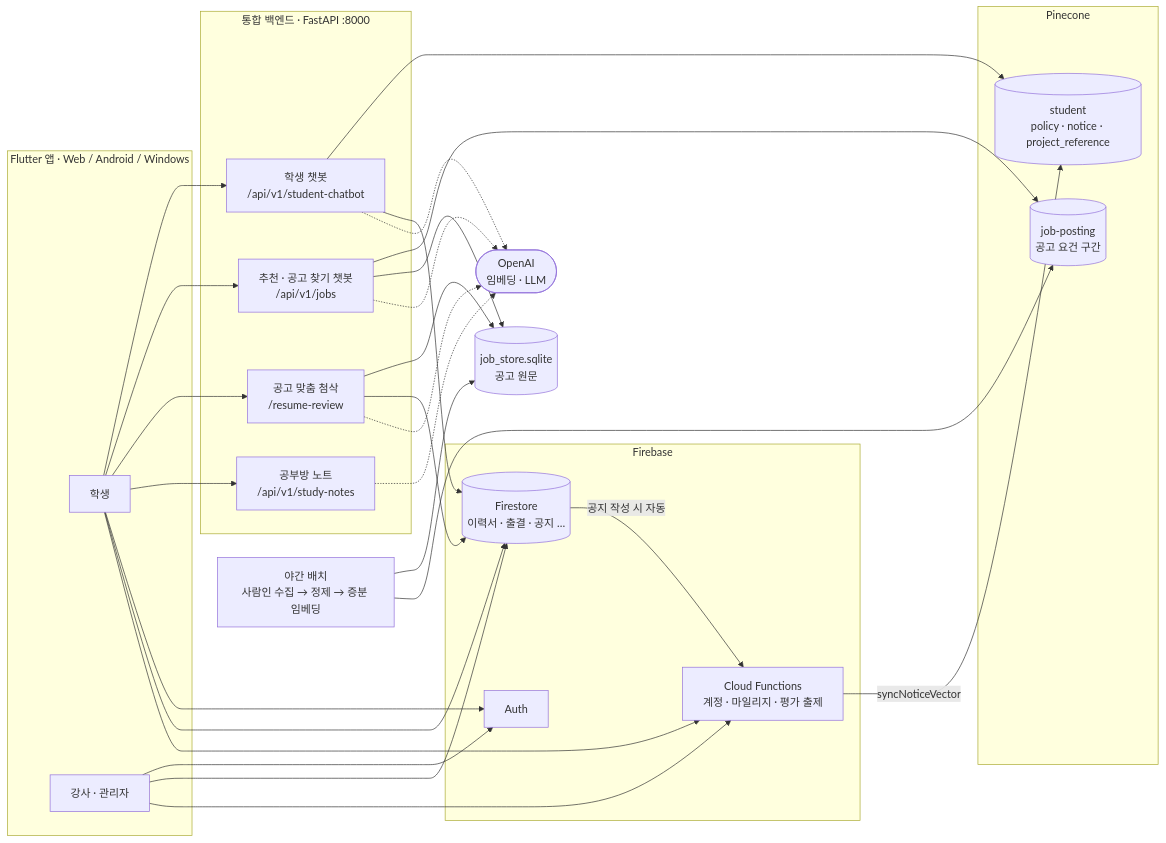
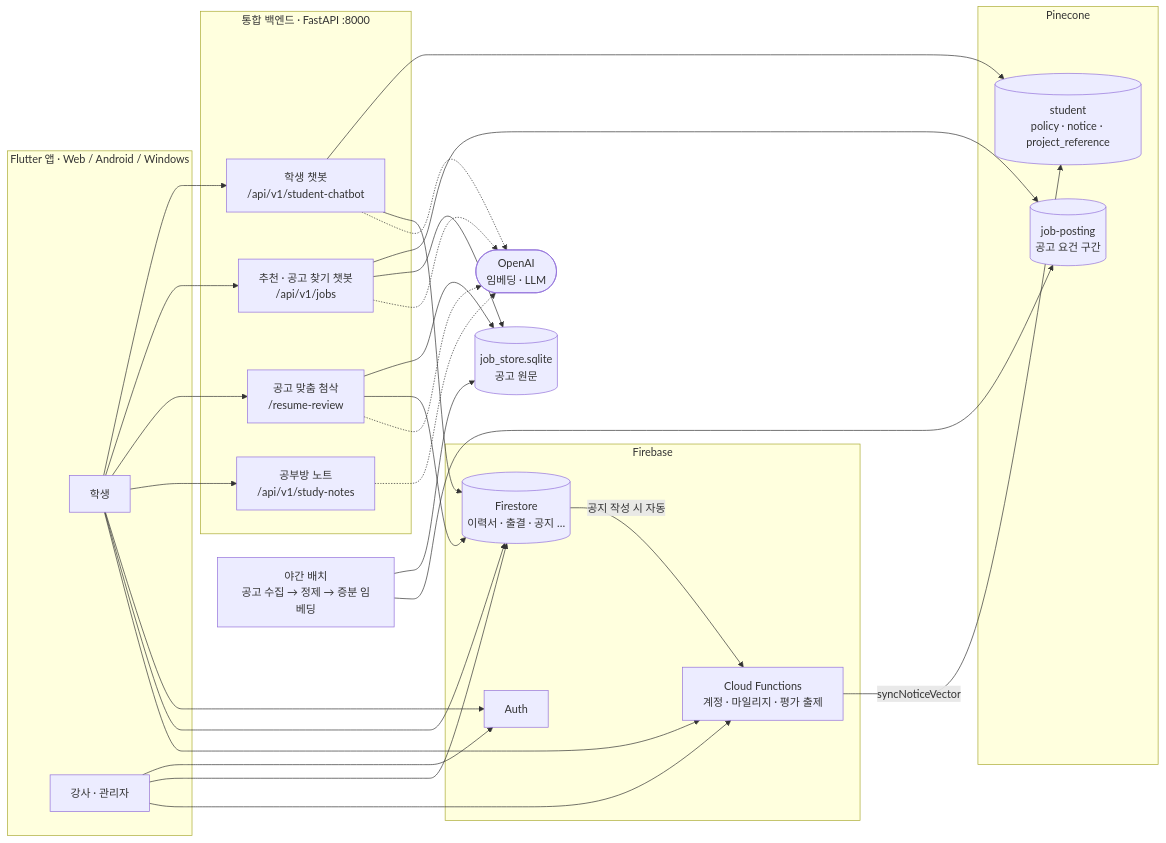
Before and after one commit to SKNETWORKS-FAMILY-AICAMP/SKN34-3rd-2Team: the diagram in README.md, drawn with Mermaid. The commit also changed other lines of this file and 6 other files, not shown here.

````diff
--- a/README.md
+++ b/README.md
@@ -51,44 +51,44 @@
 ```mermaid
 flowchart LR
   subgraph APP["Flutter 앱 · Web / Android / Windows"]
     S["학생"]
     T["강사 · 관리자"]
   end
 
   subgraph FB["Firebase"]
     AU["Auth"]
     FS[("Firestore<br>이력서 · 출결 · 공지 …")]
     FN["Cloud Functions<br>계정 · 마일리지 · 평가 출제"]
   end
 
   subgraph API["통합 백엔드 · FastAPI :8000"]
     CB["학생 챗봇<br>/api/v1/student-chatbot"]
     JM["추천 · 공고 찾기 챗봇<br>/api/v1/jobs"]
     RV["공고 맞춤 첨삭<br>/resume-review"]
     SN["공부방 노트<br>/api/v1/study-notes"]
   end
 
   subgraph VDB["Pinecone"]
     ST[("student<br>policy · notice · project_reference")]
     JP[("job-posting<br>공고 요건 구간")]
   end
 
   SQL[("job_store.sqlite<br>공고 원문")]
   OAI(["OpenAI<br>임베딩 · LLM"])
-  NIGHT["야간 배치<br>사람인 수집 → 정제 → 증분 임베딩"]
+  NIGHT["야간 배치<br>공고 수집 → 정제 → 증분 임베딩"]
 
   S --> CB & JM & RV & SN
   S & T --> AU
   S & T --> FS
   S & T --> FN
   FS -->|공지 작성 시 자동| FN -->|syncNoticeVector| ST
   CB --> ST
   CB --> FS
   JM --> JP
   JM --> SQL
   RV --> SQL
   RV --> FS
   NIGHT --> SQL
   NIGHT --> JP
   CB & JM & RV & SN -.-> OAI
 ```
````
